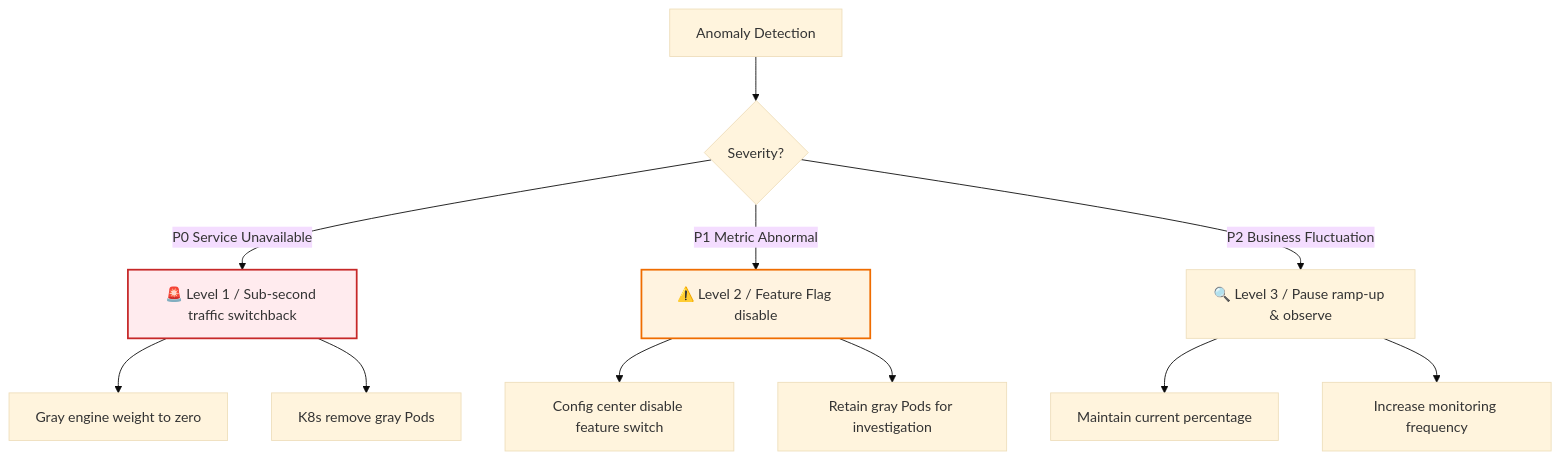
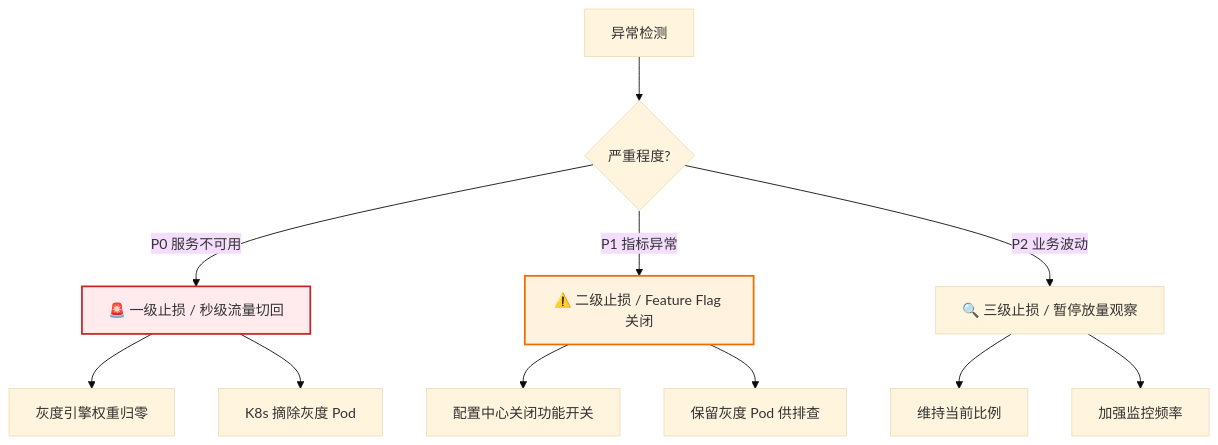
Before and after one commit to Kirky-X/cangjie: the eighth of 9 diagrams in templates/Product/Delivery/Template-Canary-Plan.md, drawn with Mermaid (base theme). The commit also changed other lines of this file and 33 other files, not shown here.

````diff
--- a/templates/Product/Delivery/Template-Canary-Plan.md
+++ b/templates/Product/Delivery/Template-Canary-Plan.md
@@ -401,17 +401,17 @@
 ```mermaid
 flowchart TD
-    A[Anomaly Detection] --> B{Severity?}
-    B -->|P0 Service Unavailable| C[🚨 Level 1 / Sub-second traffic switchback]
-    B -->|P1 Metric Abnormal| D[⚠️ Level 2 / Feature Flag disable]
-    B -->|P2 Business Fluctuation| E[🔍 Level 3 / Pause ramp-up & observe]
+    A[异常检测] --> B{严重程度?}
+    B -->|P0 服务不可用| C[🚨 一级止损 / 秒级流量切回]
+    B -->|P1 指标异常| D[⚠️ 二级止损 / Feature Flag 关闭]
+    B -->|P2 业务波动| E[🔍 三级止损 / 暂停放量观察]
 
-    C --> F[Gray engine weight to zero]
-    C --> G[K8s remove gray Pods]
-    D --> H[Config center disable feature switch]
-    D --> I[Retain gray Pods for investigation]
-    E --> J[Maintain current percentage]
-    E --> K[Increase monitoring frequency]
+    C --> F[灰度引擎权重归零]
+    C --> G[K8s 摘除灰度 Pod]
+    D --> H[配置中心关闭功能开关]
+    D --> I[保留灰度 Pod 供排查]
+    E --> J[维持当前比例]
+    E --> K[加强监控频率]
 
     style C fill:#ffebee,stroke:#c62828,stroke-width:2px
     style D fill:#fff3e0,stroke:#ef6c00,stroke-width:2px
 ```
````
